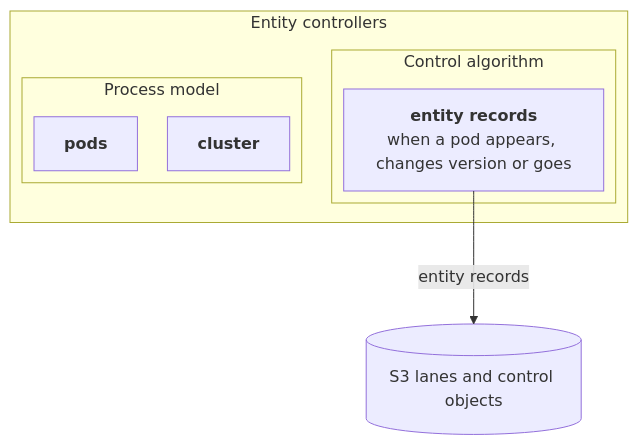
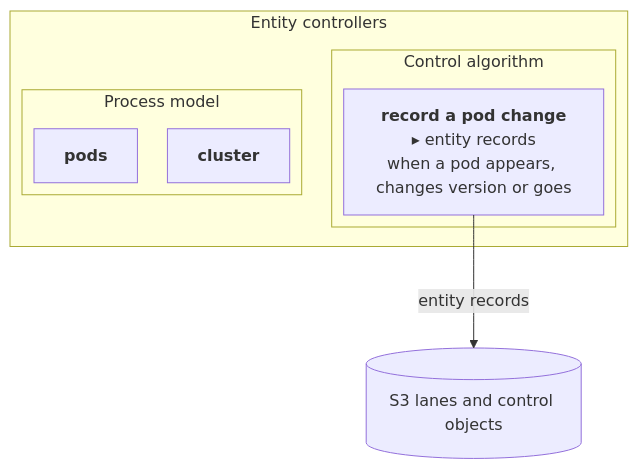
The diagram in otel-chdb/stpa/generated/controller-ec.mmd (casselc/observability), drawn with Mermaid before and after one commit. The commit also changed 60 other files, not shown here.

First line of the commit message:
otel-chdb/stpa: rule names head the detail diagrams; PRD widgets for every controller

```diff
--- a/otel-chdb/stpa/generated/controller-ec.mmd
+++ b/otel-chdb/stpa/generated/controller-ec.mmd
@@ -1,17 +1,17 @@
 ---
 config:
   layout: elk
 ---
 flowchart TB
   %% Generated by otel-chdb/stpa/tools from records/controller-fc8476.md and structure.yaml. Do not edit.
   subgraph C["Entity controllers"]
     subgraph CA["Control algorithm"]
-      r1["<b>entity records</b><br/>when a pod appears, changes version or goes"]
+      r1["<b>record a pod change</b><br/>▸ entity records<br/>when a pod appears, changes version or goes"]
     end
     subgraph PM["Process model"]
       v1["<b>pods</b>"]
       v2["<b>cluster</b>"]
     end
   end
   n21e324[("S3 lanes and control objects")]
   r1 -->|entity records| n21e324
```
